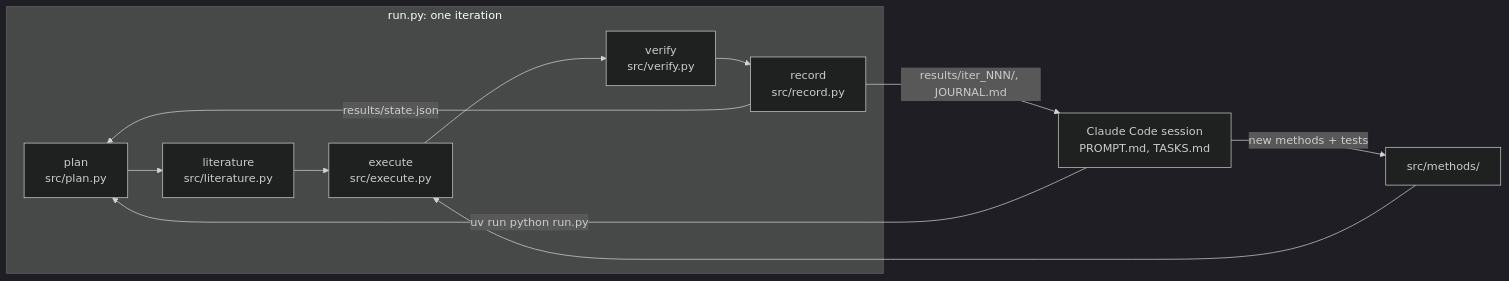
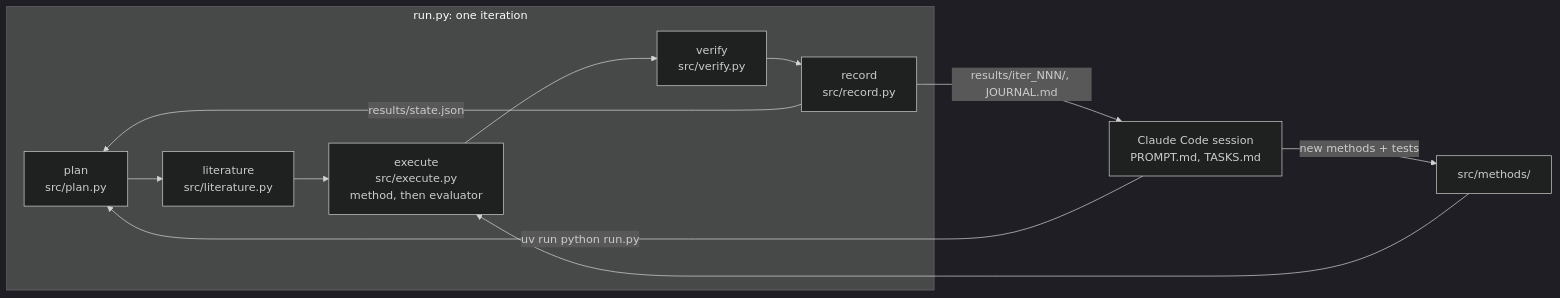
One commit to VanishJr/micrograph-impact-lab changed the diagram in README.md. Above: the diagram before and after it, drawn with Mermaid (dark theme). The commit also changed other lines of this file and 24 other files, not shown here.

````diff
--- a/README.md
+++ b/README.md
@@ -63,14 +48,14 @@
 ```mermaid
 flowchart LR
     subgraph inner ["run.py: one iteration"]
         P["plan<br/>src/plan.py"] --> L["literature<br/>src/literature.py"]
-        L --> E["execute<br/>src/execute.py"]
+        L --> E["execute<br/>src/execute.py<br/>method, then evaluator"]
         E --> V["verify<br/>src/verify.py"]
         V --> R["record<br/>src/record.py"]
     end
     R -- "results/state.json" --> P
     R -- "results/iter_NNN/, JOURNAL.md" --> O["Claude Code session<br/>PROMPT.md, TASKS.md"]
     O -- "new methods + tests" --> M["src/methods/"]
     M --> E
     O -- "uv run python run.py" --> P
 ```
````
